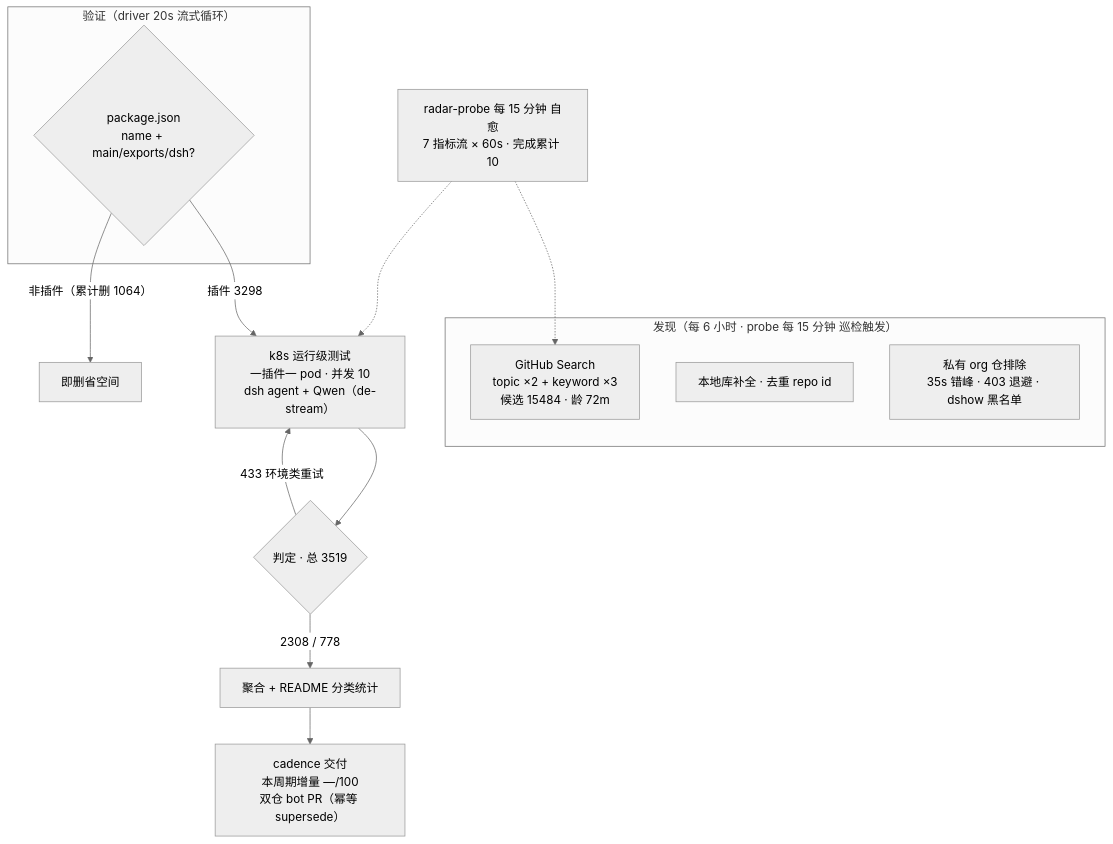
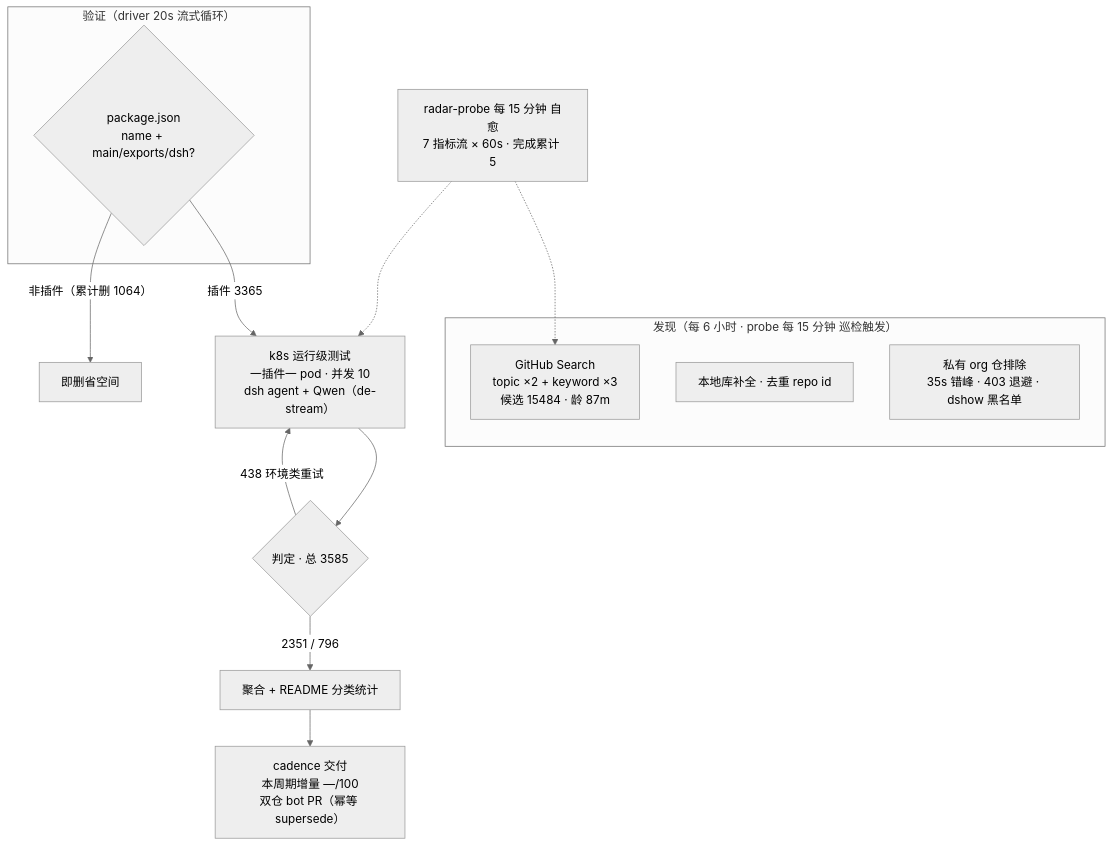
One commit to Zhidao-Lab-OSS/awesome-dsh-plugins changed the diagram in README.md. Above: the diagram before and after it, drawn with Mermaid (neutral theme). The commit also changed other lines of this file and 1 other file, not shown here.

````diff
--- a/README.md
+++ b/README.md
@@ -37,20 +37,20 @@
 ```mermaid
 flowchart TB
     subgraph Discovery["发现（每 6 小时 · probe 每 15 分钟 巡检触发）"]
-        A1["GitHub Search<br/>topic ×2 + keyword ×3<br/>候选 15484 · 龄 72m"]
+        A1["GitHub Search<br/>topic ×2 + keyword ×3<br/>候选 15484 · 龄 87m"]
         A2["本地库补全 · 去重 repo id"]
         A3["私有 org 仓排除<br/>35s 错峰 · 403 退避 · dshow 黑名单"]
     end
     subgraph Validation["验证（driver 20s 流式循环）"]
         B1{"package.json<br/>name + main/exports/dsh?"}
     end
-    B1 -->|"插件 3298"| C1["k8s 运行级测试<br/>一插件一 pod · 并发 10<br/>dsh agent + Qwen（de-stream）"]
+    B1 -->|"插件 3365"| C1["k8s 运行级测试<br/>一插件一 pod · 并发 10<br/>dsh agent + Qwen（de-stream）"]
     B1 -->|"非插件（累计删 1064）"| B3["即删省空间"]
-    C1 --> D1{"判定 · 总 3519"}
-    D1 -->|"2308 / 778"| E1["聚合 + README 分类统计"]
-    D1 -->|"433 环境类重试"| C1
+    C1 --> D1{"判定 · 总 3585"}
+    D1 -->|"2351 / 796"| E1["聚合 + README 分类统计"]
+    D1 -->|"438 环境类重试"| C1
     E1 --> E2["cadence 交付<br/>本周期增量 —/100<br/>双仓 bot PR（幂等 supersede）"]
-    M["radar-probe 每 15 分钟 自愈<br/>7 指标流 × 60s · 完成累计 10"]
+    M["radar-probe 每 15 分钟 自愈<br/>7 指标流 × 60s · 完成累计 5"]
     M -.-> A1
     M -.-> C1
 ```
````
